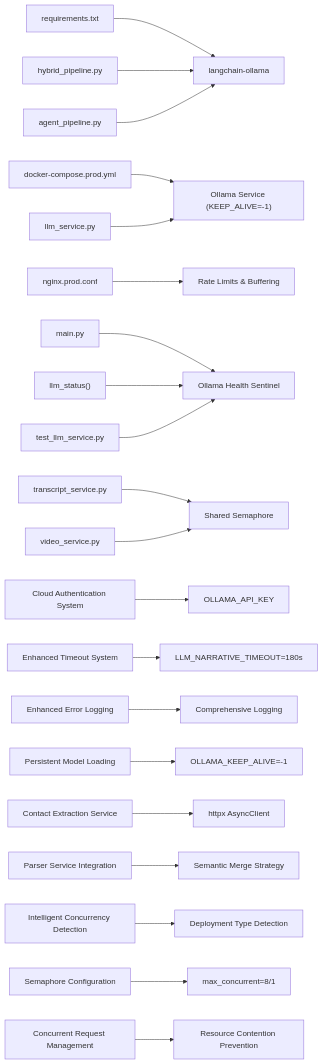
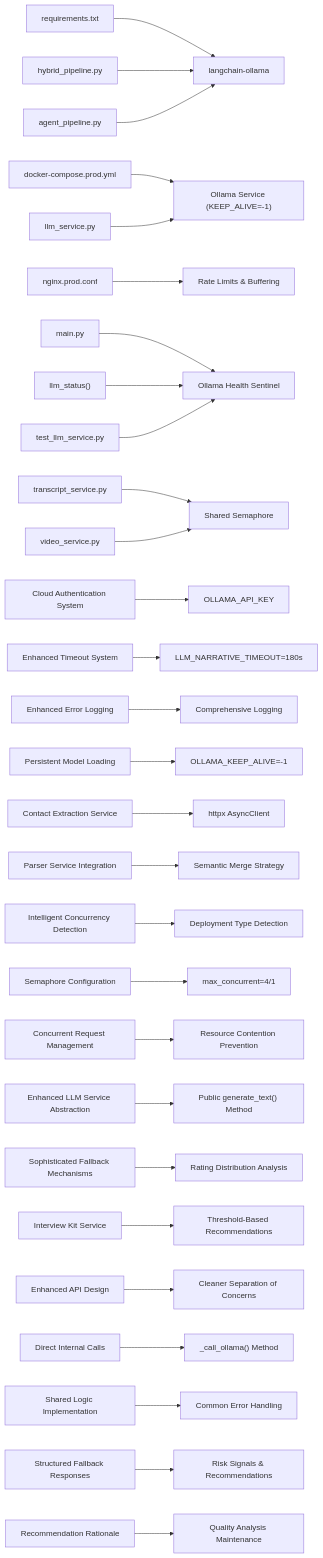
Before and after one commit to Revanththetalogics/aireume: diagram 21 of 21 in .qoder/repowiki/en/content/Analysis Engine/LLM Service Integration.md, drawn with Mermaid. The commit also changed other lines of this file and 7 other files, not shown here.

````diff
--- a/.qoder/repowiki/en/content/Analysis Engine/LLM Service Integration.md
+++ b/.qoder/repowiki/en/content/Analysis Engine/LLM Service Integration.md
@@ -1011,23 +1172,31 @@
 ```mermaid
 graph LR
 A["requirements.txt"] --> B["langchain-ollama"]
 C["docker-compose.prod.yml"] --> D["Ollama Service (KEEP_ALIVE=-1)"]
 E["nginx.prod.conf"] --> F["Rate Limits & Buffering"]
 G["hybrid_pipeline.py"] --> B
 H["llm_service.py"] --> D
 I["agent_pipeline.py"] --> B
 J["main.py"] --> K["Ollama Health Sentinel"]
 L["llm_status()"] --> K
 M["test_llm_service.py"] --> K
 N["transcript_service.py"] --> O["Shared Semaphore"]
 P["video_service.py"] --> O
 Q["Cloud Authentication System"] --> R["OLLAMA_API_KEY"]
 S["Enhanced Timeout System"] --> T["LLM_NARRATIVE_TIMEOUT=180s"]
 U["Enhanced Error Logging"] --> V["Comprehensive Logging"]
 W["Persistent Model Loading"] --> X["OLLAMA_KEEP_ALIVE=-1"]
 Y["Contact Extraction Service"] --> Z["httpx AsyncClient"]
 AA["Parser Service Integration"] --> BB["Semantic Merge Strategy"]
 CC["Intelligent Concurrency Detection"] --> DD["Deployment Type Detection"]
-EE["Semaphore Configuration"] --> FF["max_concurrent=8/1"]
+EE["Semaphore Configuration"] --> FF["max_concurrent=4/1"]
 GG["Concurrent Request Management"] --> HH["Resource Contention Prevention"]
+II["Enhanced LLM Service Abstraction"] --> JJ["Public generate_text() Method"]
+KK["Sophisticated Fallback Mechanisms"] --> LL["Rating Distribution Analysis"]
+MM["Interview Kit Service"] --> NN["Threshold-Based Recommendations"]
+OO["Enhanced API Design"] --> PP["Cleaner Separation of Concerns"]
+QQ["Direct Internal Calls"] --> RR["_call_ollama() Method"]
+SS["Shared Logic Implementation"] --> TT["Common Error Handling"]
+UU["Structured Fallback Responses"] --> VV["Risk Signals & Recommendations"]
+WW["Recommendation Rationale"] --> XX["Quality Analysis Maintenance"]
 ```
````
